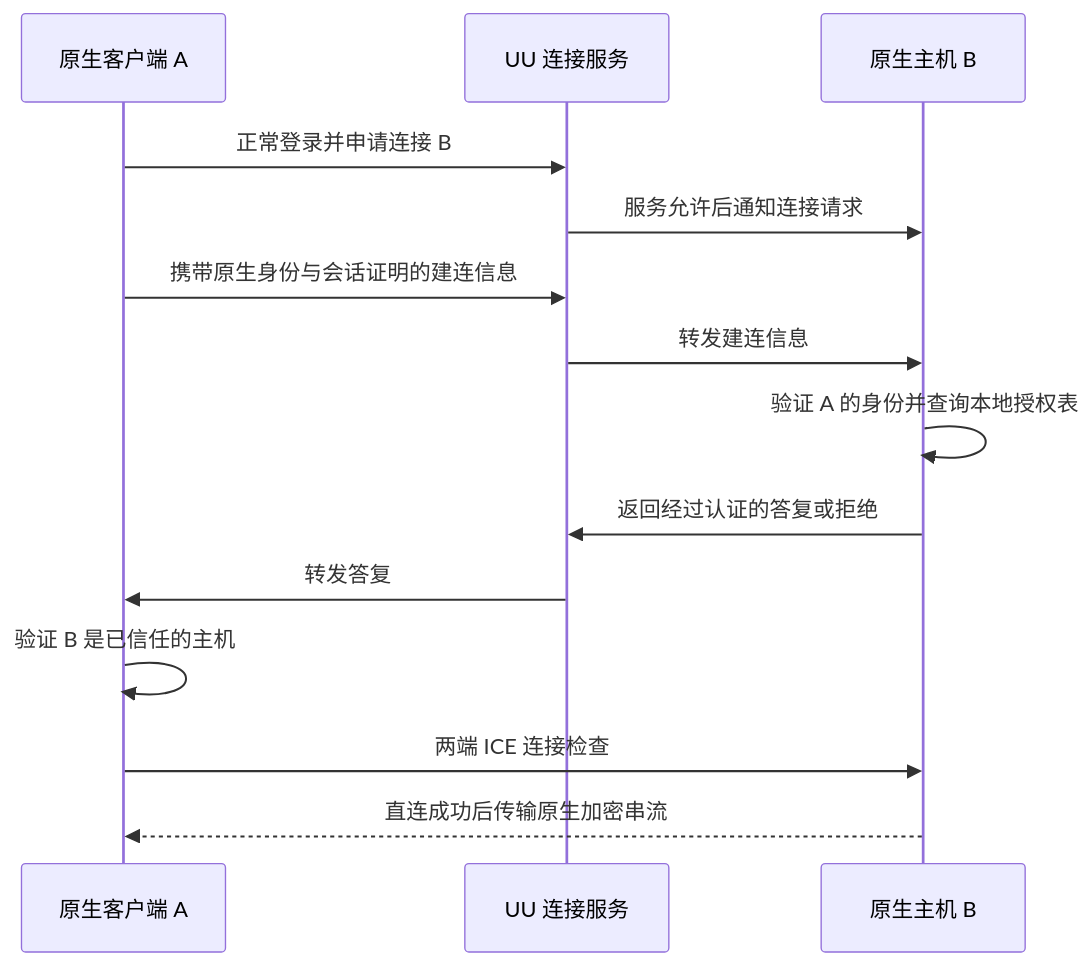
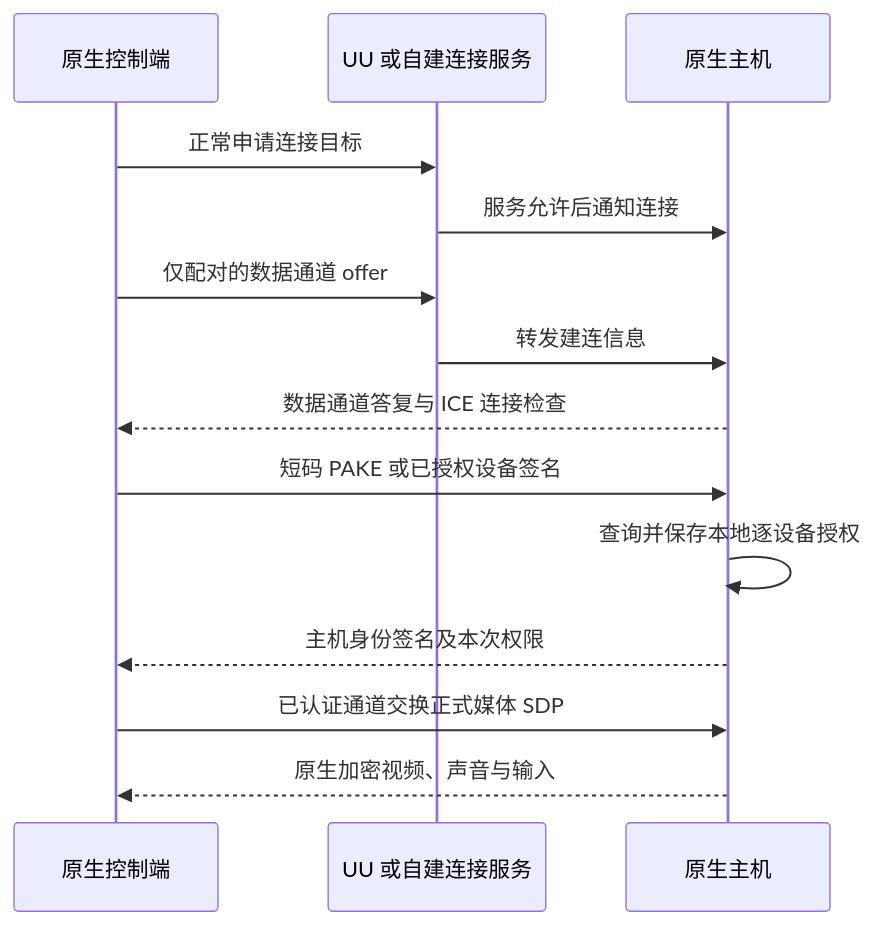
One commit to TheRainstorm/eclipse changed the second of 2 diagrams in docs/device-connection-and-trust.md. Above: the diagram before and after it, drawn with Mermaid. The commit also changed other lines of this file and 4 other files, not shown here.

````diff
--- a/docs/device-connection-and-trust.md
+++ b/docs/device-connection-and-trust.md
@@ -229,16 +104,16 @@
 ```mermaid
 sequenceDiagram
-    participant A as 原生客户端 A
-    participant U as UU 连接服务
-    participant B as 原生主机 B
-    A->>U: 正常登录并申请连接 B
-    U->>B: 服务允许后通知连接请求
-    A->>U: 携带原生身份与会话证明的建连信息
+    participant A as 原生控制端
+    participant U as UU 或自建连接服务
+    participant B as 原生主机
+    A->>U: 正常申请连接目标
+    U->>B: 服务允许后通知连接
+    A->>U: 仅配对的数据通道 offer
     U->>B: 转发建连信息
-    B->>B: 验证 A 的身份并查询本地授权表
-    B->>U: 返回经过认证的答复或拒绝
-    U->>A: 转发答复
-    A->>A: 验证 B 是已信任的主机
-    A->>B: 两端 ICE 连接检查
-    B-->>A: 直连成功后传输原生加密串流
+    B-->>A: 数据通道答复与 ICE 连接检查
+    A->>B: 短码 PAKE 或已授权设备签名
+    B->>B: 查询并保存本地逐设备授权
+    B-->>A: 主机身份签名及本次权限
+    A->>B: 已认证通道交换正式媒体 SDP
+    B-->>A: 原生加密视频、声音与输入
 ```
````
